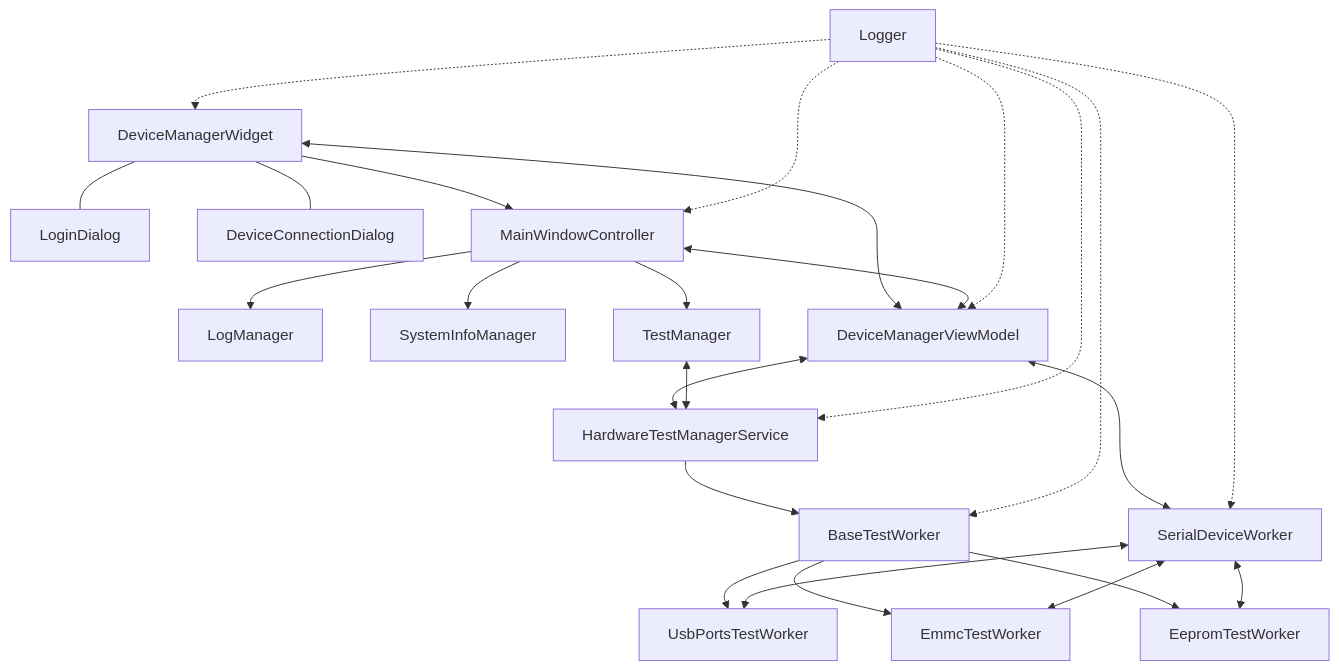
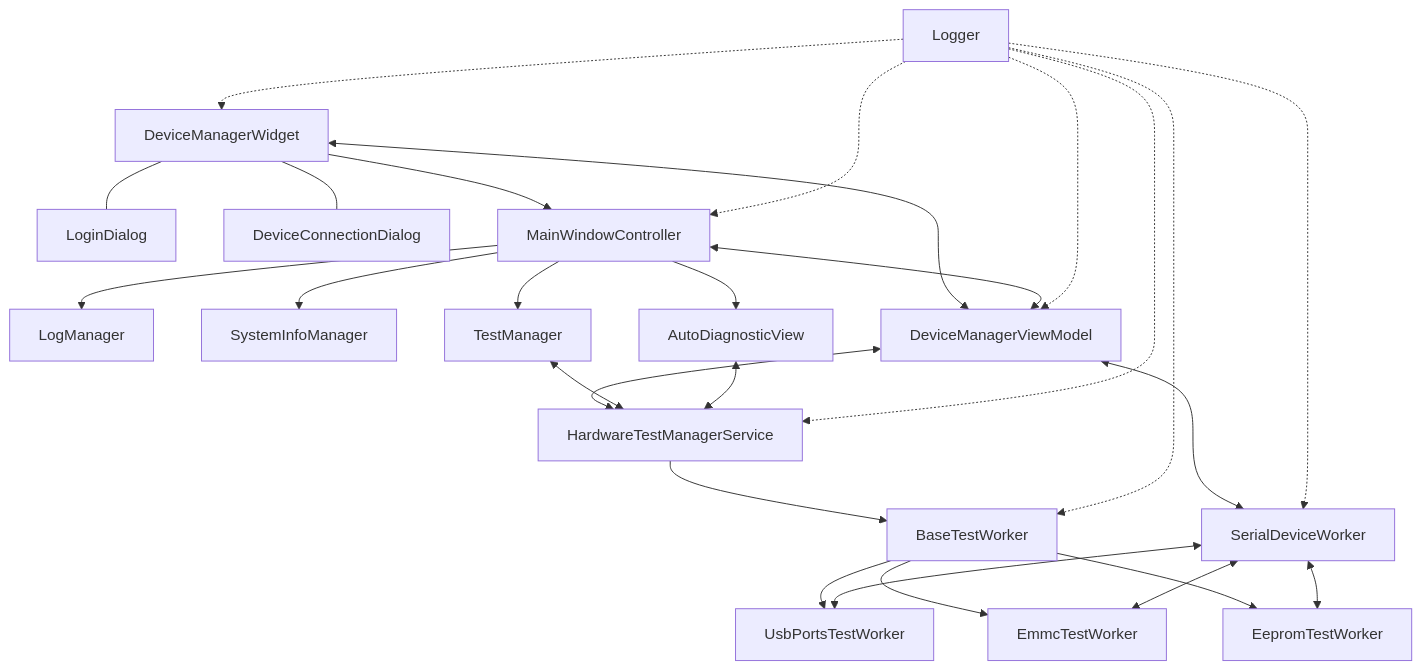
The first of 12 diagrams in orion_developer_document.md (MingYuan-Chen/orion_v2), drawn with Mermaid before and after one commit. The commit also changed other lines of this file, not shown here.

Commit message:
update developer document to introduce auto diagnostic structure

````diff
--- a/orion_developer_document.md
+++ b/orion_developer_document.md
@@ -44,41 +44,43 @@
 ```mermaid
 graph TD
     A[DeviceManagerWidget] --- B[LoginDialog]
     A --- C[DeviceConnectionDialog]
     
     M[MainWindowController]
     M --> M1[LogManager]
     M --> M2[SystemInfoManager]
     M --> M3[TestManager]
+    M --> M4[AutoDiagnosticView]
     
     D[DeviceManagerViewModel]
     
     E[HardwareTestManagerService]
     F[BaseTestWorker]
     G[SerialDeviceWorker]
     H[UsbPortsTestWorker]
     I[EmmcTestWorker]
     J[EepromTestWorker]
     
     K[Logger]
     
     A <--> D
     A --> M
     M <--> D
     D <--> G
     D <--> E
     M3 <--> E
+    M4 <--> E
     E --> F
     F --> H
     F --> I
     F --> J
     G <--> H
     G <--> I
     G <--> J
     K -.-> A
     K -.-> M
     K -.-> D
     K -.-> E
     K -.-> F
     K -.-> G
 ```
````
